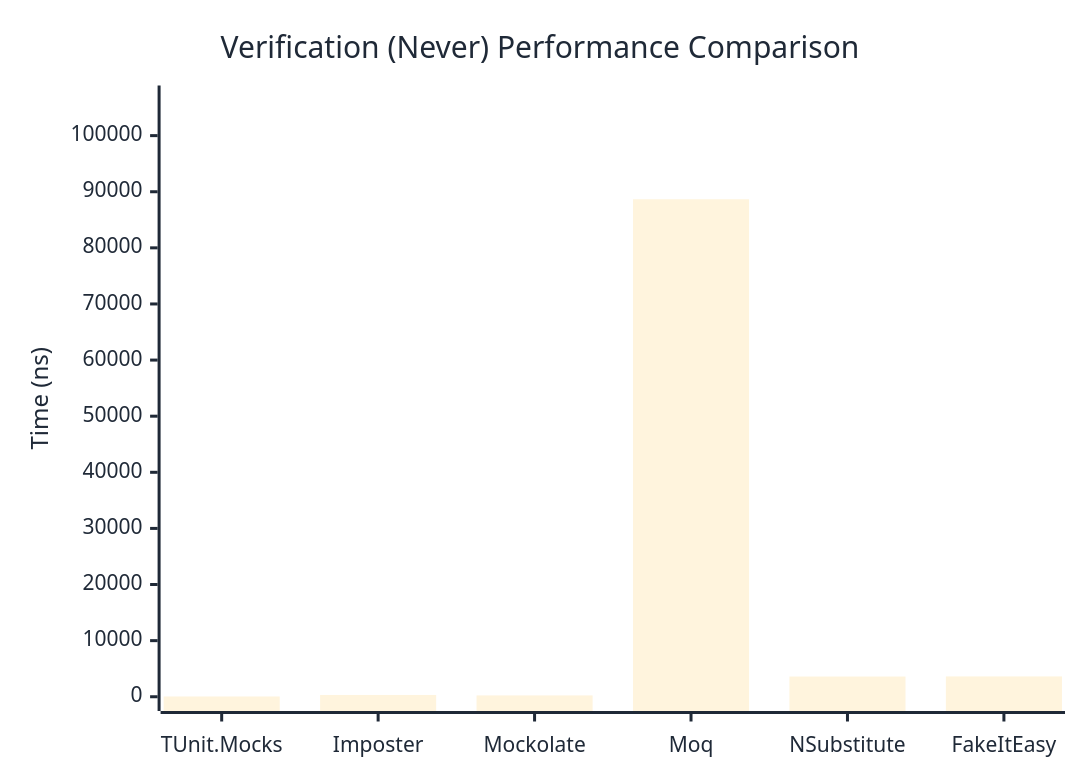
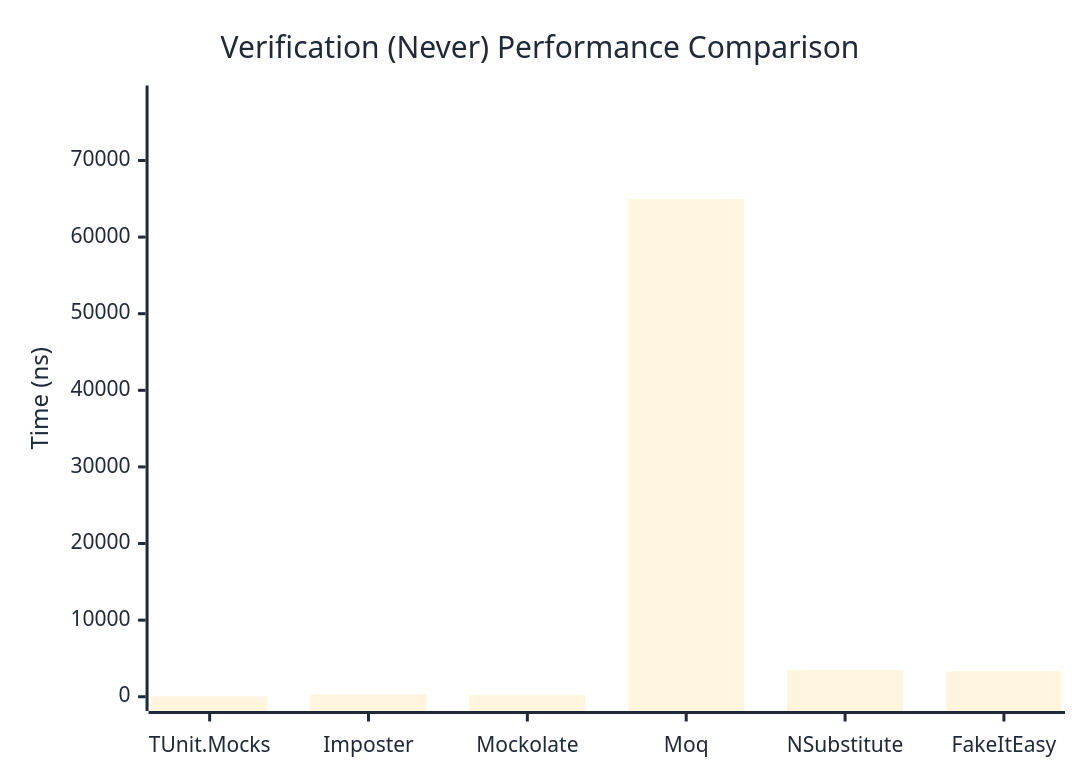
One commit to thomhurst/TUnit changed the second of 3 diagrams in docs/docs/benchmarks/mocks/Verification.md. Above: the diagram before and after it, drawn with Mermaid. The commit also changed other lines of this file and 14 other files, not shown here.

````diff
--- a/docs/docs/benchmarks/mocks/Verification.md
+++ b/docs/docs/benchmarks/mocks/Verification.md
@@ -69,27 +69,27 @@
 ```mermaid
 %%{init: {
   'theme':'base',
   'themeVariables': {
     'primaryColor': '#2563eb',
     'primaryTextColor': '#1f2937',
     'primaryBorderColor': '#1e40af',
     'lineColor': '#6b7280',
     'secondaryColor': '#7c3aed',
     'tertiaryColor': '#dc2626',
     'background': '#ffffff',
     'pie1': '#2563eb',
     'pie2': '#7c3aed',
     'pie3': '#dc2626',
     'pie4': '#f59e0b',
     'pie5': '#10b981',
     'pie6': '#06b6d4',
     'pie7': '#ec4899',
     'pie8': '#6366f1'
   }
 }}%%
 xychart-beta
   title "Verification (Never) Performance Comparison"
   x-axis ["TUnit.Mocks", "Imposter", "Mockolate", "Moq", "NSubstitute", "FakeItEasy"]
-  y-axis "Time (ns)" 0 --> 106394
-  bar [47.69, 319.25, 237.9, 88660.85, 3605.08, 3623.08]
+  y-axis "Time (ns)" 0 --> 77926
+  bar [52.32, 332.98, 252.55, 64938.19, 3500.07, 3321.23]
 ```
````
